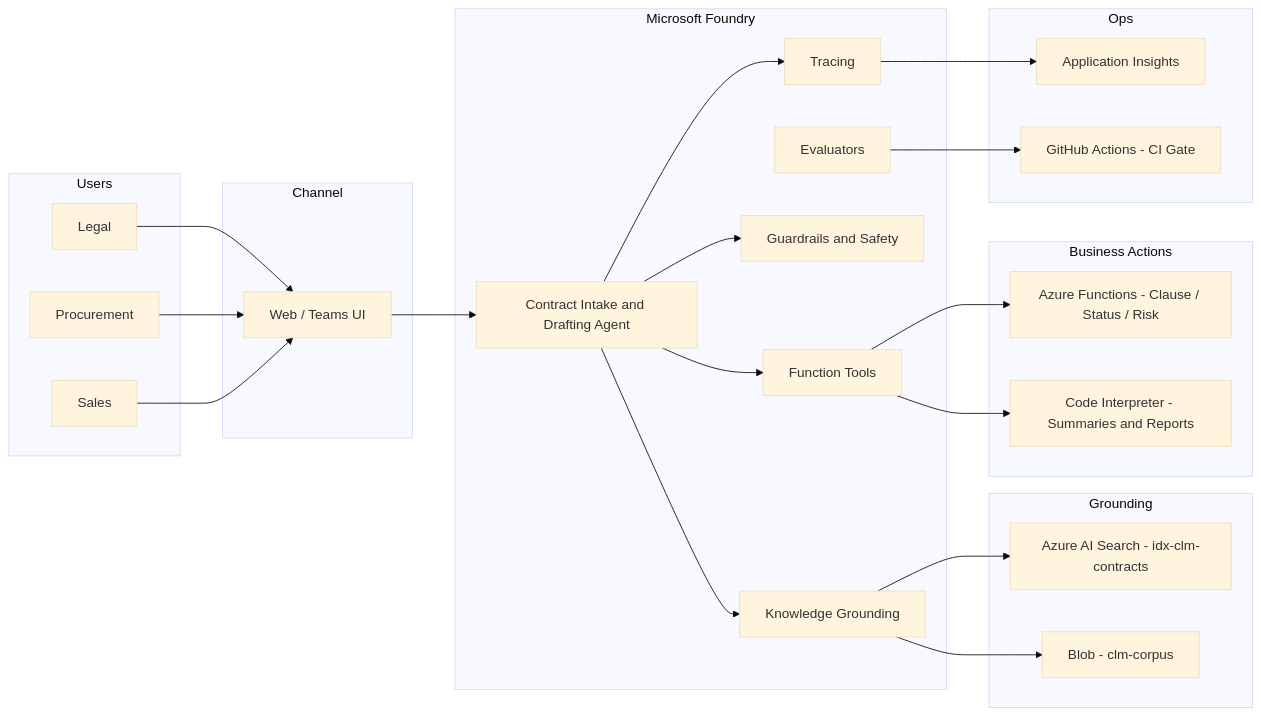
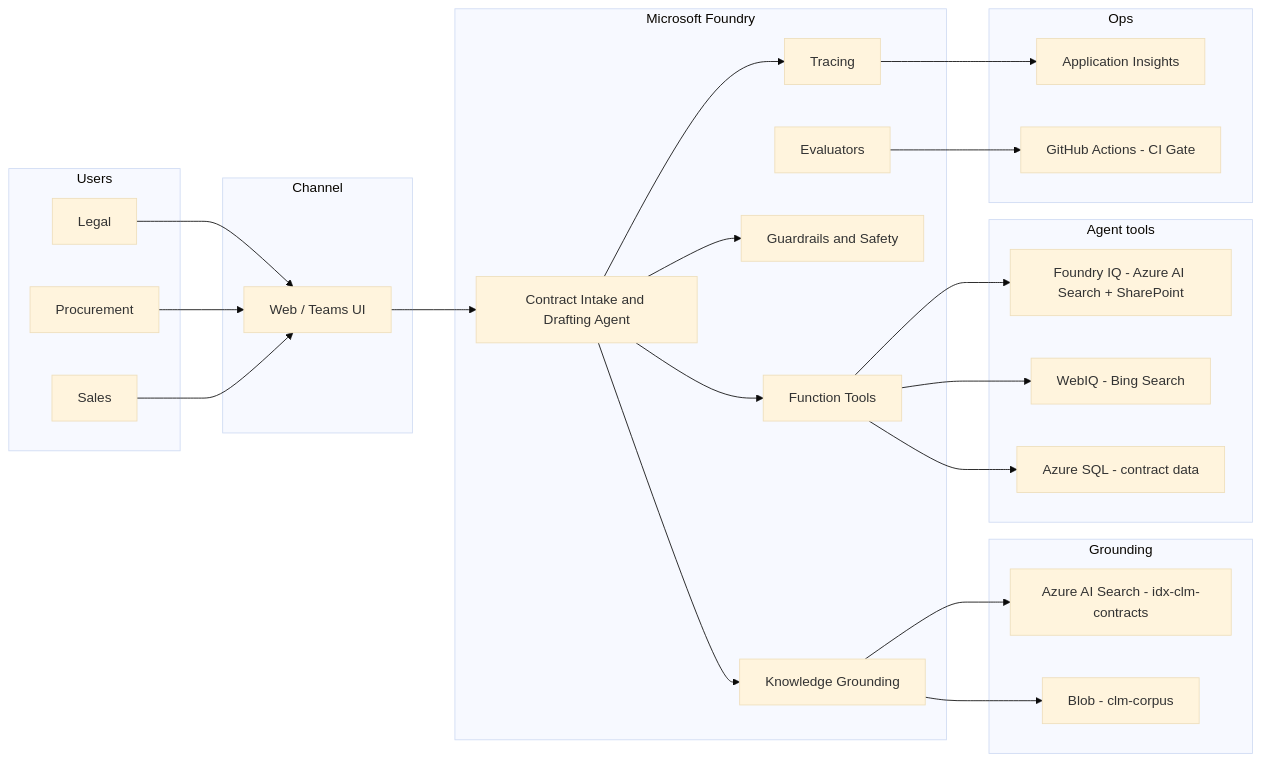
Before and after one commit to priyanka405/MS-Foundry-Microhack: the diagram in README.md, drawn with Mermaid (base theme). The commit also changed other lines of this file and 28 other files, not shown here.

First line of the commit message:
Rewrite CLM agent to 3-tool architecture: Foundry IQ, WebIQ, Azure SQL

````diff
--- a/README.md
+++ b/README.md
@@ -138,43 +137,44 @@
 ```mermaid
 flowchart LR
     subgraph Users
         L[Legal]
         P[Procurement]
         S[Sales]
     end
 
     subgraph Channel[Channel]
         UI[Web / Teams UI]
     end
 
     subgraph Foundry[Microsoft Foundry]
         A[Contract Intake and Drafting Agent]
         KG[Knowledge Grounding]
         T[Function Tools]
         GR[Guardrails and Safety]
         EV[Evaluators]
         OB[Tracing]
     end
 
     subgraph Ground[Grounding]
         AIS[Azure AI Search - idx-clm-contracts]
         BLOB[Blob - clm-corpus]
     end
 
-    subgraph Actions[Business Actions]
-        FN[Azure Functions - Clause / Status / Risk]
-        CI[Code Interpreter - Summaries and Reports]
+    subgraph Actions[Agent tools]
+        FIQ[Foundry IQ - Azure AI Search + SharePoint]
+        WIQ[WebIQ - Bing Search]
+        SQL[Azure SQL - contract data]
     end
 
     subgraph Ops[Ops]
         AI[Application Insights]
         GH[GitHub Actions - CI Gate]
     end
 
     L & P & S --> UI --> A
     A --> KG --> AIS & BLOB
-    A --> T --> FN & CI
+    A --> T --> FIQ & WIQ & SQL
     A --> GR
     A --> OB --> AI
     EV --> GH
 ```
````
